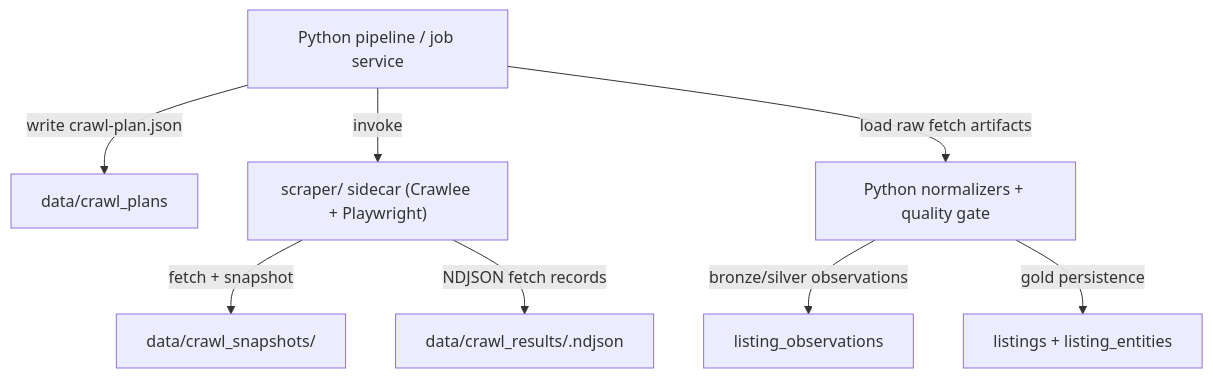
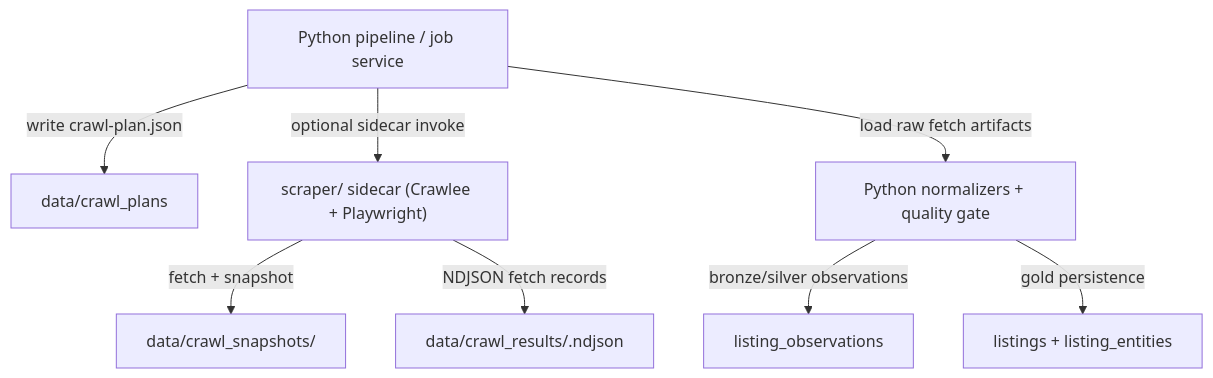
One commit to Nirtzur0/PropertyScanner changed the diagram in docs/explanation/scraping_architecture.md. Above: the diagram before and after it, drawn with Mermaid. The commit also changed other lines of this file and 55 other files, not shown here.

````diff
--- a/docs/explanation/scraping_architecture.md
+++ b/docs/explanation/scraping_architecture.md
@@ -20,10 +20,10 @@
 ```mermaid
 graph TD
     A["Python pipeline / job service"] -->|"write crawl-plan.json"| B["data/crawl_plans"]
-    A -->|"invoke"| C["scraper/ sidecar (Crawlee + Playwright)"]
+    A -->|"optional sidecar invoke"| C["scraper/ sidecar (Crawlee + Playwright)"]
     C -->|"fetch + snapshot"| D["data/crawl_snapshots/<job_id>"]
     C -->|"NDJSON fetch records"| E["data/crawl_results/<job_id>.ndjson"]
     A -->|"load raw fetch artifacts"| F["Python normalizers + quality gate"]
     F -->|"bronze/silver observations"| G["listing_observations"]
     F -->|"gold persistence"| H["listings + listing_entities"]
 ```
````
